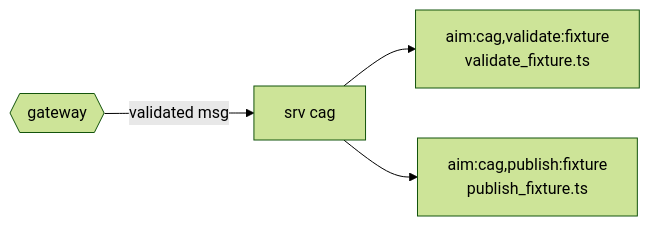
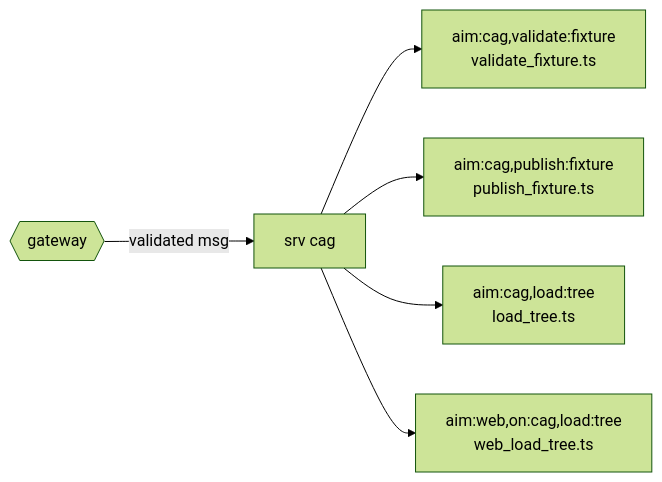
Before and after one commit to voxgig/conf-agenda: the diagram in backend/src/srv/cag/README.md, drawn with Mermaid (forest theme). The commit also changed other lines of this file and 106 other files, not shown here.

````diff
--- a/backend/src/srv/cag/README.md
+++ b/backend/src/srv/cag/README.md
@@ -19,6 +21,8 @@
 ```mermaid
 flowchart LR
   gateway{{gateway}} -->|validated msg| srv[srv cag]
   srv --> validate_fixture["aim:cag,validate:fixture<br>validate_fixture.ts"]
   srv --> publish_fixture["aim:cag,publish:fixture<br>publish_fixture.ts"]
+  srv --> load_tree["aim:cag,load:tree<br>load_tree.ts"]
+  srv --> web_load_tree["aim:web,on:cag,load:tree<br>web_load_tree.ts"]
 ```
````
